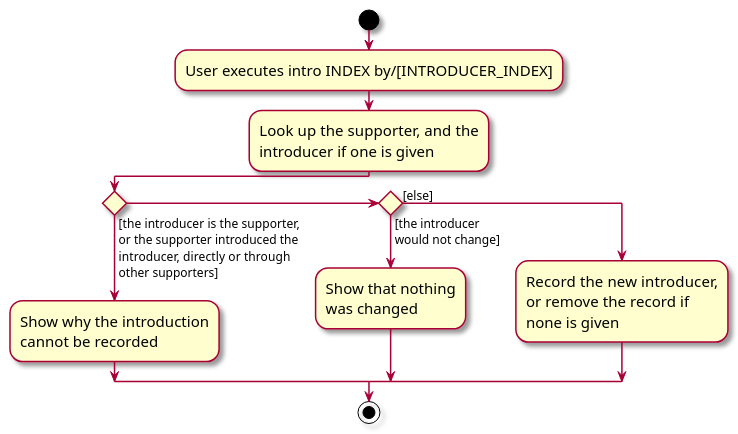
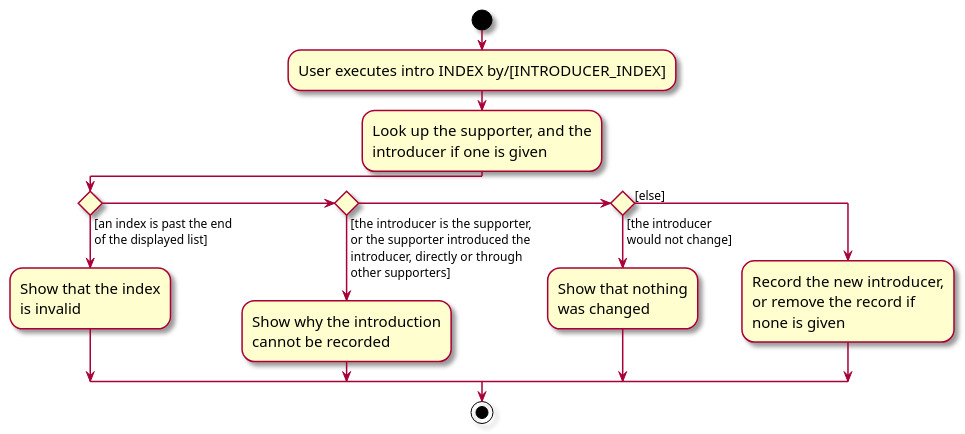
Before and after one commit to AY2627S1-CS2103T-T14-2/tp: the diagram in docs/diagrams/IntroActivityDiagram.puml, drawn with PlantUML. The commit also changed 1 other file, not shown here.

Commit message:
Clarify intro diagram and chained DG test steps

```diff
--- a/docs/diagrams/IntroActivityDiagram.puml
+++ b/docs/diagrams/IntroActivityDiagram.puml
@@ -1,29 +1,33 @@
 @startuml
 skin rose
 skinparam ActivityFontSize 15
 skinparam ArrowFontSize 12
 start
 :User executes intro INDEX by/[INTRODUCER_INDEX];
 :Look up the supporter, and the
 introducer if one is given;
 
 'Since the beta syntax does not support placing the condition outside the
 'diamond we place it as the true branch instead.
 
-if () then ([the introducer is the supporter,
+if () then ([an index is past the end
+of the displayed list])
+    :Show that the index
+    is invalid;
+elseif () then ([the introducer is the supporter,
 or the supporter introduced the
 introducer, directly or through
 other supporters])
     :Show why the introduction
     cannot be recorded;
 elseif () then ([the introducer
 would not change])
     :Show that nothing
     was changed;
 else ([else])
     :Record the new introducer,
     or remove the record if
     none is given;
 endif
 stop
 @enduml
```
